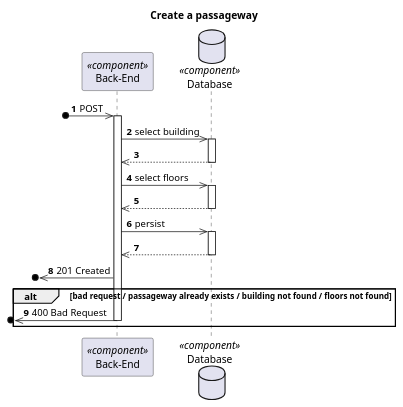
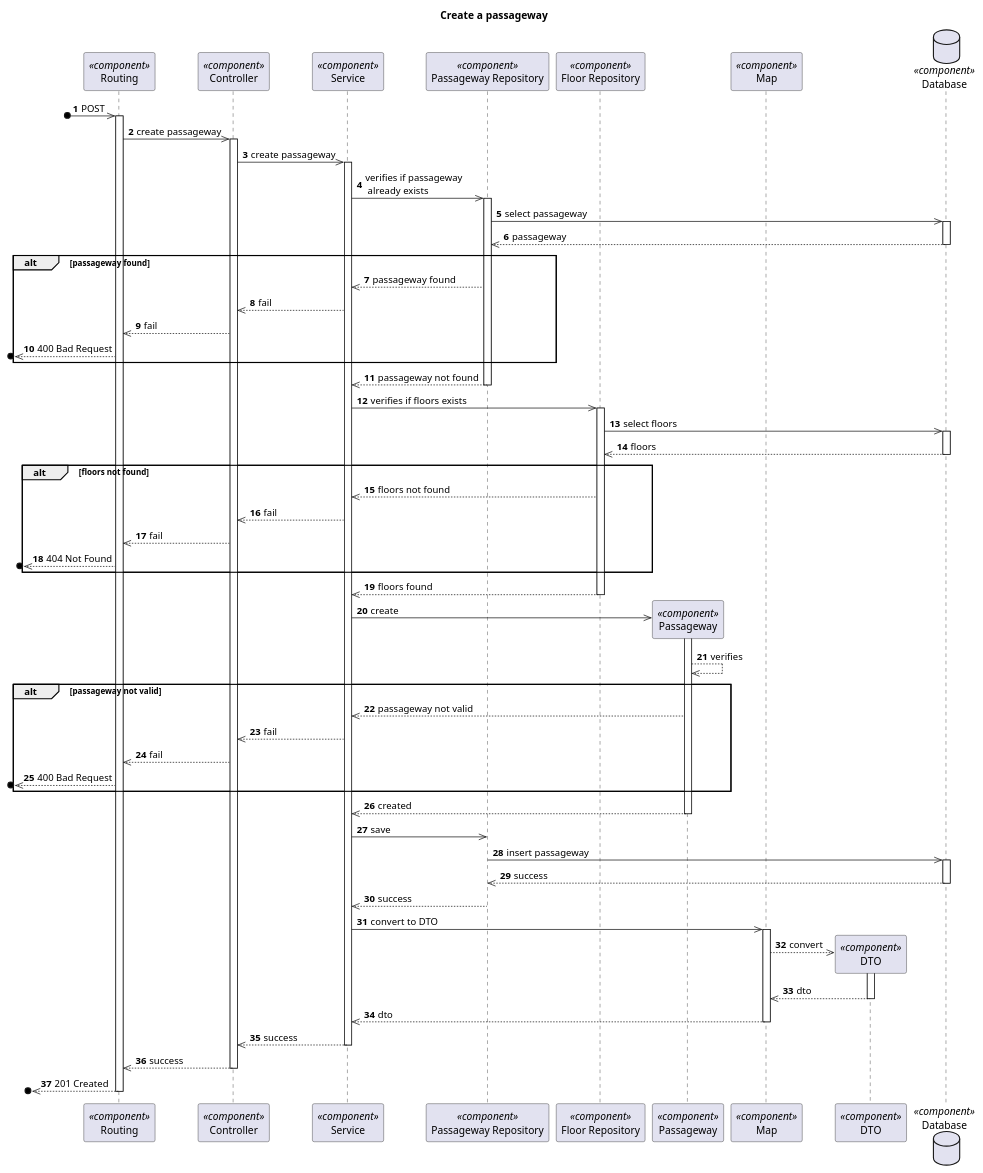
The diagram in docs/Vista Processo/US240/ProcessView_Level3_US240.puml (1210910/lapr5), drawn with PlantUML before and after one commit. The commit also changed 14 other files, not shown here.

```diff
--- a/docs/Vista Processo/US240/ProcessView_Level3_US240.puml
+++ b/docs/Vista Processo/US240/ProcessView_Level3_US240.puml
@@ -1,37 +1,106 @@
 @startuml Process View - Level 3
 
 autonumber
 skinparam packageStyle rect
 
 title Create a passageway
 
-participant "Back-End" as BE <<component>>
-database "Database" as DB <<component>>
+participant "Routing" as routing <<component>>
+participant "Controller" as controller <<component>>
+participant "Service" as service <<component>>
+participant "Passageway Repository" as passagewayrepo <<component>>
+participant "Floor Repository" as floorrepo <<component>>
+participant "Passageway" as passageway <<component>>
+participant "Map" as map <<component>>
+participant "DTO" as dto <<component>>
+database "Database" as db <<component>>
 
-?o->> BE : POST
+?o->> routing : POST
+activate routing
+routing ->> controller : create passageway
 
-activate BE
+activate controller
+controller ->> service : create passageway
 
-BE ->> DB : select building
-activate DB
-DB -->> BE
-deactivate DB
+activate service
+service ->> passagewayrepo : verifies if passageway \n already exists
 
-BE ->> DB : select floors
-activate DB
-DB -->> BE
-deactivate DB
+activate passagewayrepo
+passagewayrepo ->> db : select passageway
+activate db
+db -->> passagewayrepo : passageway
+deactivate db
 
-BE ->> DB : persist
-activate DB
-DB -->> BE
-deactivate DB
+alt passageway found
+    passagewayrepo -->> service : passageway found
+    service -->> controller : fail
+    controller -->> routing : fail
+    ?o<<-- routing : 400 Bad Request
+end alt
 
-?o<<- BE : 201 Created
+passagewayrepo -->> service : passageway not found
+deactivate passagewayrepo
 
-alt bad request / passageway already exists / building not found / floors not found
-?o<<- BE : 400 Bad Request
-deactivate BE
-end
+service ->> floorrepo : verifies if floors exists
+activate floorrepo
+floorrepo ->> db : select floors
+activate db
+db -->> floorrepo : floors
+deactivate db
+
+alt floors not found
+    floorrepo -->> service : floors not found
+    service -->> controller : fail
+    controller -->> routing : fail
+    ?o<<-- routing : 404 Not Found
+end alt
+
+floorrepo -->> service : floors found
+deactivate floorrepo
+
+service ->> passageway** : create
+activate passageway
+
+passageway -->> passageway: verifies
+
+alt passageway not valid
+    passageway -->> service : passageway not valid
+    service -->> controller : fail
+    controller -->> routing : fail
+    ?o<<-- routing : 400 Bad Request
+end alt
+
+passageway -->> service : created
+deactivate passageway
+
+service ->> passagewayrepo : save
+passagewayrepo ->> db : insert passageway
+activate db
+db -->> passagewayrepo : success
+deactivate db
+
+passagewayrepo -->> service : success
+deactivate passagewayrepo
+
+service ->> map : convert to DTO
+activate map
+
+map -->> dto** : convert
+activate dto
+
+dto -->> map : dto
+deactivate dto
+
+map -->> service : dto
+deactivate map
+
+service -->> controller : success
+deactivate service
+
+controller -->> routing : success
+deactivate controller
+
+?o<<-- routing : 201 Created
+deactivate routing
 
 @enduml
```
